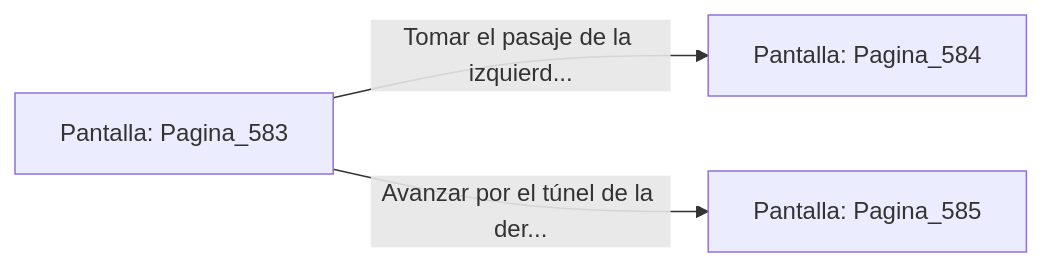
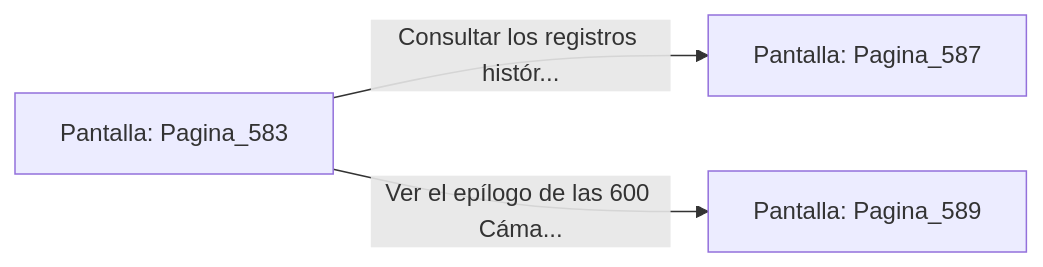
One commit to metsuke/mpl changed the diagram in sample/eligejuego-vault/Pantalla_Pagina_583.md. Above: the diagram before and after it, drawn with Mermaid. The commit also changed other lines of this file and 635 other files, not shown here.

First line of the commit message:
fix: añadir Pagina_1 como pantalla inicial en capitulo_01.mpl

````diff
--- a/sample/eligejuego-vault/Pantalla_Pagina_583.md
+++ b/sample/eligejuego-vault/Pantalla_Pagina_583.md
@@ -20,6 +24,6 @@
 ```mermaid
 graph LR
     P_Pagina_583["Pantalla: Pagina_583"]
-    P_Pagina_583 -->|"Tomar el pasaje de la izquierd..."| P_Pagina_584["Pantalla: Pagina_584"]
-    P_Pagina_583 -->|"Avanzar por el túnel de la der..."| P_Pagina_585["Pantalla: Pagina_585"]
+    P_Pagina_583 -->|"Consultar los registros histór..."| P_Pagina_587["Pantalla: Pagina_587"]
+    P_Pagina_583 -->|"Ver el epílogo de las 600 Cáma..."| P_Pagina_589["Pantalla: Pagina_589"]
 ```
````
